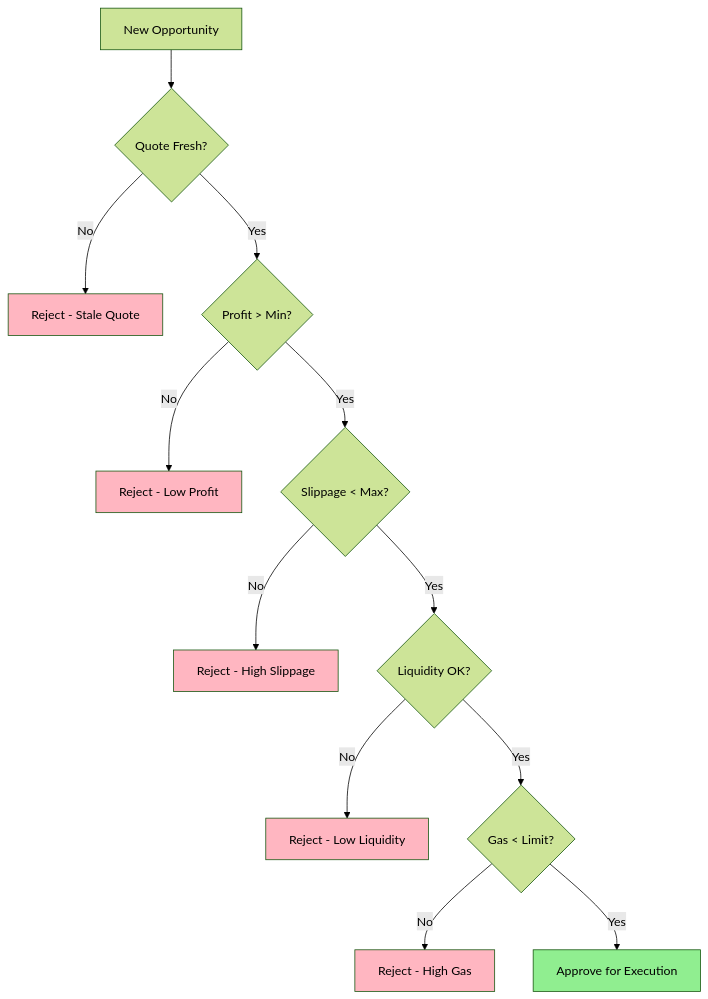
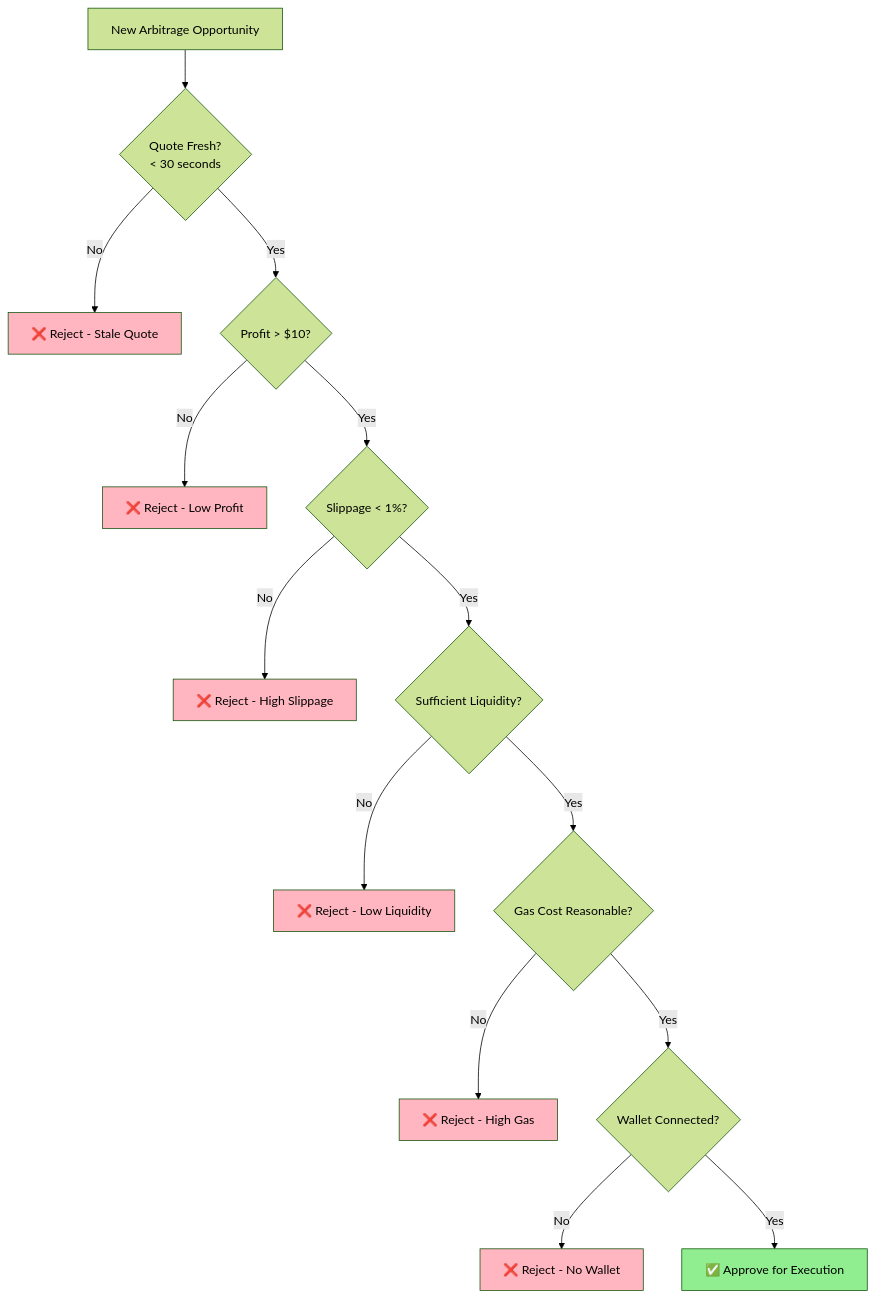
One commit to DHB94/ArbiZirQ changed the fourth of 4 diagrams in FLOW-DIAGRAM.md. Above: the diagram before and after it, drawn with Mermaid (forest theme). The commit also changed other lines of this file and 1 other file, not shown here.

````diff
--- a/FLOW-DIAGRAM.md
+++ b/FLOW-DIAGRAM.md
@@ -198,21 +159,24 @@
 ```mermaid
 flowchart TD
-    START[New Opportunity] --> FRESH{Quote Fresh?}
-    FRESH -->|No| REJECT[Reject - Stale Quote]
-    FRESH -->|Yes| PROFIT{Profit > Min?}
-    PROFIT -->|No| REJECT2[Reject - Low Profit]
-    PROFIT -->|Yes| SLIP{Slippage < Max?}
-    SLIP -->|No| REJECT3[Reject - High Slippage]
-    SLIP -->|Yes| LIQ{Liquidity OK?}
-    LIQ -->|No| REJECT4[Reject - Low Liquidity]
-    LIQ -->|Yes| GAS{Gas < Limit?}
-    GAS -->|No| REJECT5[Reject - High Gas]
-    GAS -->|Yes| APPROVE[Approve for Execution]
+    START[New Arbitrage Opportunity] --> FRESH{Quote Fresh?<br/>< 30 seconds}
+    FRESH -->|No| REJECT[❌ Reject - Stale Quote]
+    FRESH -->|Yes| PROFIT{Profit > $10?}
+    PROFIT -->|No| REJECT2[❌ Reject - Low Profit]
+    PROFIT -->|Yes| SLIP{Slippage < 1%?}
+    SLIP -->|No| REJECT3[❌ Reject - High Slippage]
+    SLIP -->|Yes| LIQ{Sufficient Liquidity?}
+    LIQ -->|No| REJECT4[❌ Reject - Low Liquidity]
+    LIQ -->|Yes| GAS{Gas Cost Reasonable?}
+    GAS -->|No| REJECT5[❌ Reject - High Gas]
+    GAS -->|Yes| WALLET{Wallet Connected?}
+    WALLET -->|No| REJECT6[❌ Reject - No Wallet]
+    WALLET -->|Yes| APPROVE[✅ Approve for Execution]
     
     style APPROVE fill:#90EE90
     style REJECT fill:#FFB6C1
     style REJECT2 fill:#FFB6C1
     style REJECT3 fill:#FFB6C1
     style REJECT4 fill:#FFB6C1
     style REJECT5 fill:#FFB6C1
+    style REJECT6 fill:#FFB6C1
 ```
````
